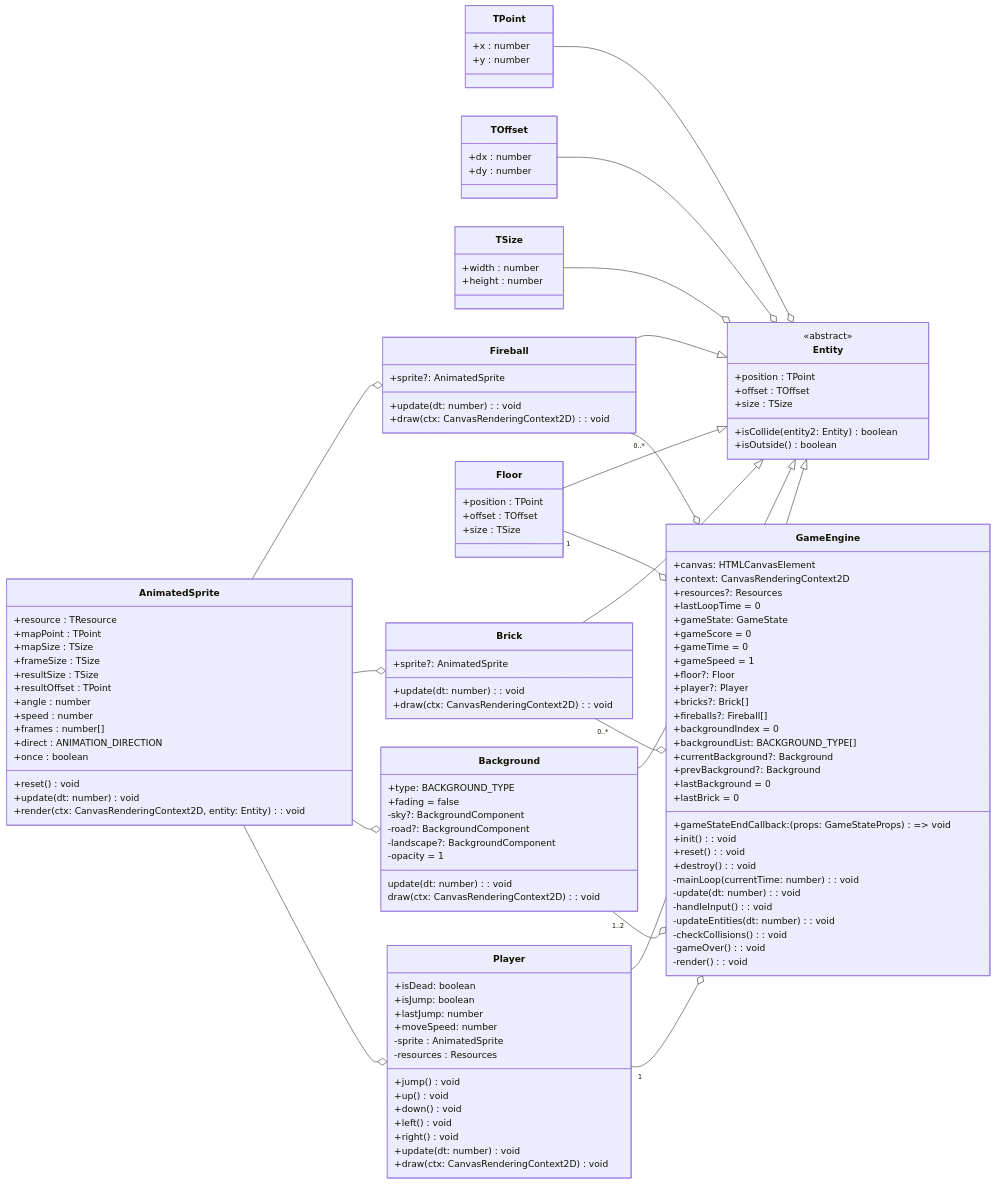
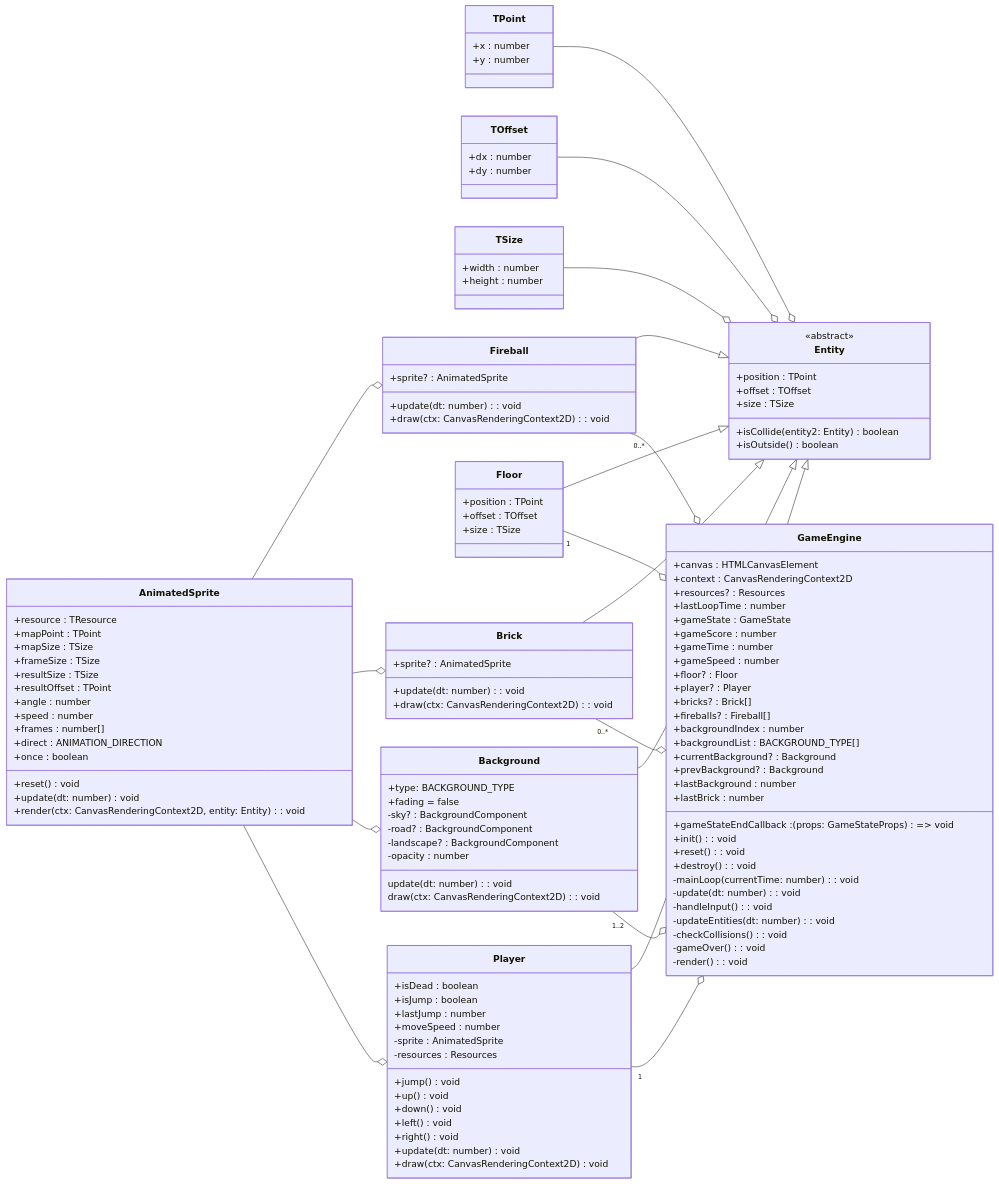
The diagram in docs/GAME_ENGINE.md (krovorgen/sekta), drawn with Mermaid before and after one commit. The commit also changed other lines of this file and 2 other files, not shown here.

Commit message:
[SEK-23] Доработка документации

```diff
--- a/docs/GAME_ENGINE.md
+++ b/docs/GAME_ENGINE.md
@@ -48,10 +48,10 @@
   }
 
   class Player {
-    +isDead: boolean
-    +isJump: boolean
-    +lastJump: number
-    +moveSpeed: number
+    +isDead : boolean
+    +isJump : boolean
+    +lastJump : number
+    +moveSpeed : number
 
     -sprite : AnimatedSprite
     -resources : Resources
@@ -75,27 +75,27 @@
   class Background {
     +type: BACKGROUND_TYPE
     +fading = false
-    -sky?: BackgroundComponent
-    -road?: BackgroundComponent
-    -landscape?: BackgroundComponent
-    -opacity = 1
+    -sky? : BackgroundComponent
+    -road? : BackgroundComponent
+    -landscape? : BackgroundComponent
+    -opacity : number
 
-    update(dt: number): void
-    draw(ctx: CanvasRenderingContext2D): void
+    update(dt: number) : void
+    draw(ctx: CanvasRenderingContext2D) : void
   }
 
   class Brick {
-    +sprite?: AnimatedSprite
+    +sprite? : AnimatedSprite
 
-    +update(dt: number): void
-    +draw(ctx: CanvasRenderingContext2D): void
+    +update(dt: number) : void
+    +draw(ctx: CanvasRenderingContext2D) : void
   }
 
   class Fireball {
-    +sprite?: AnimatedSprite
+    +sprite? : AnimatedSprite
 
-    +update(dt: number): void
-    +draw(ctx: CanvasRenderingContext2D): void
+    +update(dt: number) : void
+    +draw(ctx: CanvasRenderingContext2D) : void
   }
 
   class AnimatedSprite {
@@ -114,44 +114,44 @@
 
     +reset() void
     +update(dt: number) void
-    +render(ctx: CanvasRenderingContext2D, entity: Entity): void
+    +render(ctx: CanvasRenderingContext2D, entity: Entity) : void
   }
 
   class GameEngine {
-    +canvas: HTMLCanvasElement
-    +context: CanvasRenderingContext2D
-    +resources?: Resources
-    +lastLoopTime = 0
+    +canvas : HTMLCanvasElement
+    +context : CanvasRenderingContext2D
+    +resources? : Resources
+    +lastLoopTime : number
 
-    +gameStateEndCallback: (props: GameStateProps) => void
-    +gameState: GameState
-    +gameScore = 0
-    +gameTime = 0
-    +gameSpeed = 1
+    +gameStateEndCallback : (props: GameStateProps) => void
+    +gameState : GameState
+    +gameScore : number
+    +gameTime : number
+    +gameSpeed : number
 
-    +floor?: Floor
-    +player?: Player
-    +bricks?: Brick[]
-    +fireballs?: Fireball[]
+    +floor? : Floor
+    +player? : Player
+    +bricks? : Brick[]
+    +fireballs? : Fireball[]
 
-    +backgroundIndex = 0
-    +backgroundList: BACKGROUND_TYPE[]
-    +currentBackground?: Background
-    +prevBackground?: Background
+    +backgroundIndex : number
+    +backgroundList : BACKGROUND_TYPE[]
+    +currentBackground? : Background
+    +prevBackground? : Background
 
-    +lastBackground = 0
-    +lastBrick = 0
+    +lastBackground : number
+    +lastBrick : number
 
-    +init(): void
-    +reset(): void
-    +destroy(): void
-    -mainLoop(currentTime: number): void
-    -update(dt: number): void
-    -handleInput(): void
-    -updateEntities(dt: number): void
-    -checkCollisions(): void
-    -gameOver(): void
-    -render(): void
+    +init() : void
+    +reset() : void
+    +destroy() : void
+    -mainLoop(currentTime: number) : void
+    -update(dt: number) : void
+    -handleInput() : void
+    -updateEntities(dt: number) : void
+    -checkCollisions() : void
+    -gameOver() : void
+    -render() : void
   }
 
   GameEngine o-- "1" Player
```
